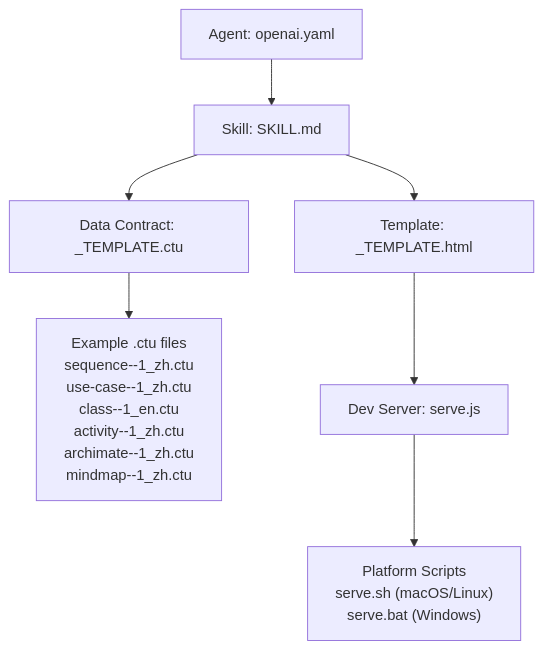
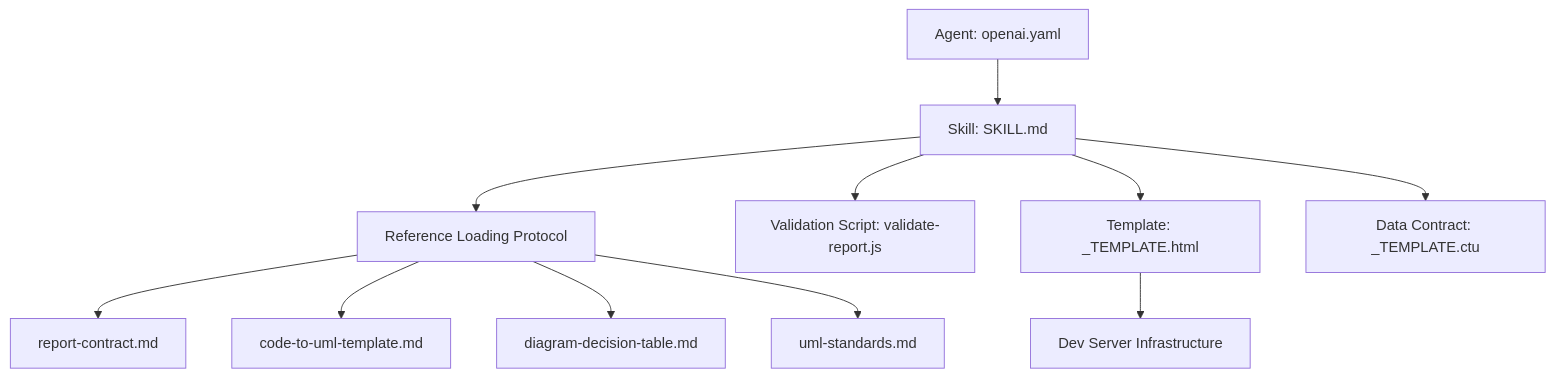
Before and after one commit to pingwurth/code-to-uml: the first of 4 diagrams in .qoder/repowiki/en/content/AI Agent Integration/Skill Definition System.md, drawn with Mermaid. The commit also changed other lines of this file and 55 other files, not shown here.

````diff
--- a/.qoder/repowiki/en/content/AI Agent Integration/Skill Definition System.md
+++ b/.qoder/repowiki/en/content/AI Agent Integration/Skill Definition System.md
@@ -44,9 +52,13 @@
 ```mermaid
 graph TB
 A["Agent: openai.yaml"] --> B["Skill: SKILL.md"]
-B --> C["Template: _TEMPLATE.html"]
-B --> D["Data Contract: _TEMPLATE.ctu"]
-D --> E["Example .ctu files<br/>sequence--1_zh.ctu<br/>use-case--1_zh.ctu<br/>class--1_en.ctu<br/>activity--1_zh.ctu<br/>archimate--1_zh.ctu<br/>mindmap--1_zh.ctu"]
-C --> F["Dev Server: serve.js"]
-F --> G["Platform Scripts<br/>serve.sh (macOS/Linux)<br/>serve.bat (Windows)"]
+B --> C["Reference Loading Protocol"]
+C --> D["report-contract.md"]
+C --> E["code-to-uml-template.md"]
+C --> F["diagram-decision-table.md"]
+C --> G["uml-standards.md"]
+B --> H["Validation Script: validate-report.js"]
+B --> I["Template: _TEMPLATE.html"]
+B --> J["Data Contract: _TEMPLATE.ctu"]
+I --> K["Dev Server Infrastructure"]
 ```
````
